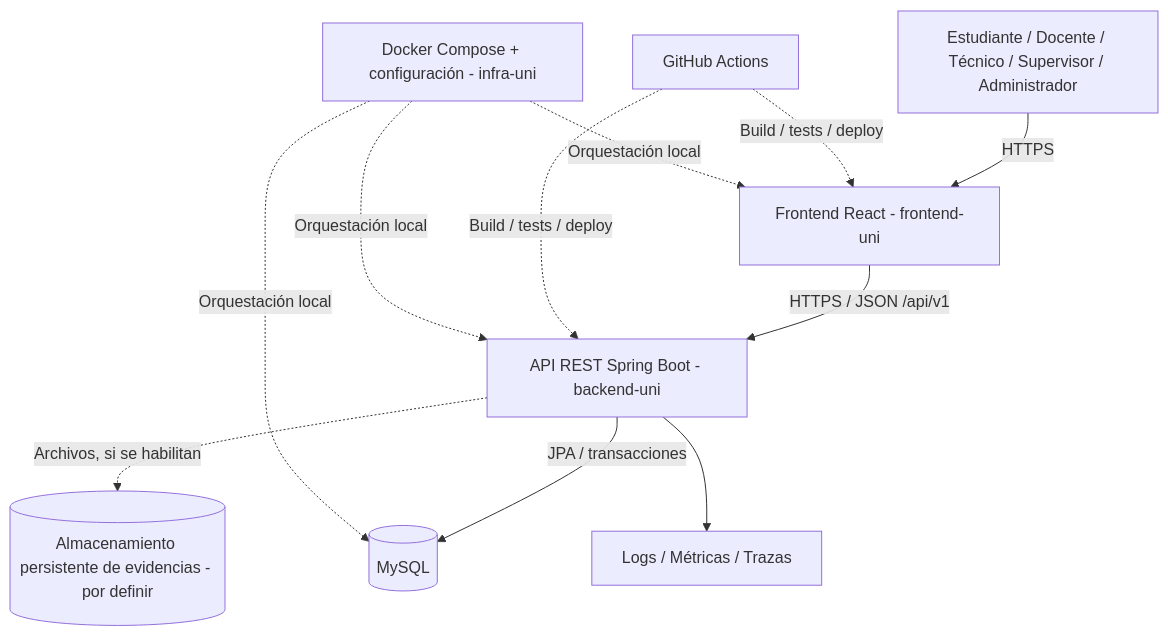
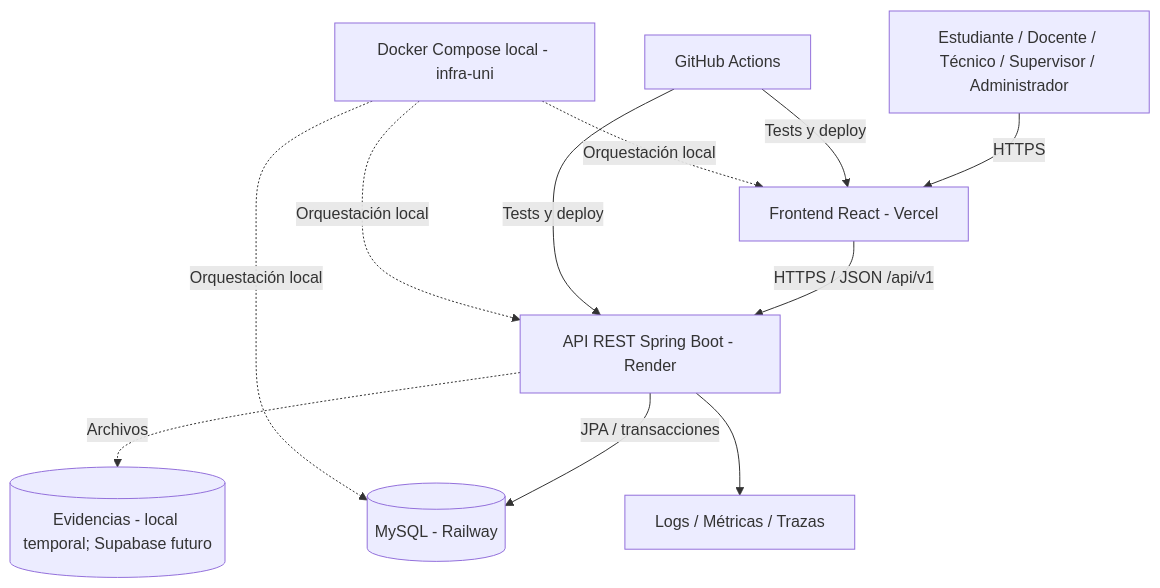
The diagram in docs/ARCHITECTURE.md (taller-web-sigesu/infra-uni), drawn with Mermaid before and after one commit. The commit also changed other lines of this file and 5 other files, not shown here.

````diff
--- a/docs/ARCHITECTURE.md
+++ b/docs/ARCHITECTURE.md
@@ -61,22 +61,22 @@
 ```mermaid
 flowchart TD
     U[Estudiante / Docente / Técnico / Supervisor / Administrador]
-    F[Frontend React - frontend-uni]
-    B[API REST Spring Boot - backend-uni]
-    DB[(MySQL)]
-    E[(Almacenamiento persistente de evidencias - por definir)]
+    F[Frontend React - Vercel]
+    B[API REST Spring Boot - Render]
+    DB[(MySQL - Railway)]
+    E[(Evidencias - local temporal; Supabase futuro)]
     O[Logs / Métricas / Trazas]
     CI[GitHub Actions]
-    I[Docker Compose + configuración - infra-uni]
+    I[Docker Compose local - infra-uni]
 
     U -->|HTTPS| F
     F -->|HTTPS / JSON /api/v1| B
     B -->|JPA / transacciones| DB
-    B -.->|Archivos, si se habilitan| E
+    B -.->|Archivos| E
     B --> O
-    CI -.->|Build / tests / deploy| F
-    CI -.->|Build / tests / deploy| B
+    CI -->|Tests y deploy| F
+    CI -->|Tests y deploy| B
     I -.->|Orquestación local| F
     I -.->|Orquestación local| B
     I -.->|Orquestación local| DB
 ```
````
